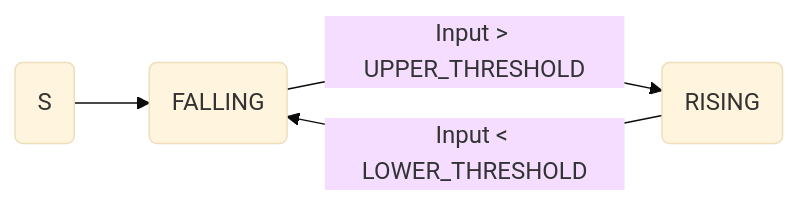
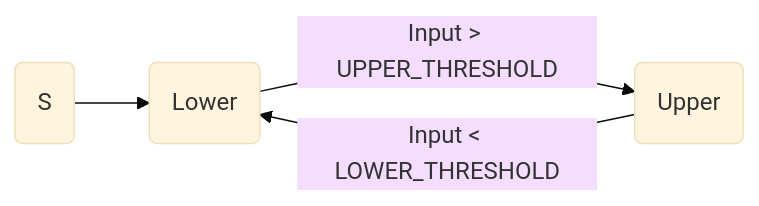
One commit to realsosy/XmcTutorial changed the second of 2 diagrams in docs/ProgFsmBasic.md. Above: the diagram before and after it, drawn with Mermaid (base theme). The commit also changed other lines of this file and 2 other files, not shown here.

````diff
--- a/docs/ProgFsmBasic.md
+++ b/docs/ProgFsmBasic.md
@@ -133,9 +134,9 @@
 ```mermaid
 graph LR
-Falling(FALLING)
-Rising(RISING)
+StateLower(Lower)
+StateUpper(Upper)
 
-S(S)-->Falling
-Falling -->|Input > UPPER_THRESHOLD | Rising
-Rising -->|Input < LOWER_THRESHOLD | Falling
+S(S)-->StateLower
+StateLower -->|Input > UPPER_THRESHOLD | StateUpper
+StateUpper -->|Input < LOWER_THRESHOLD | StateLower
 ```
````
